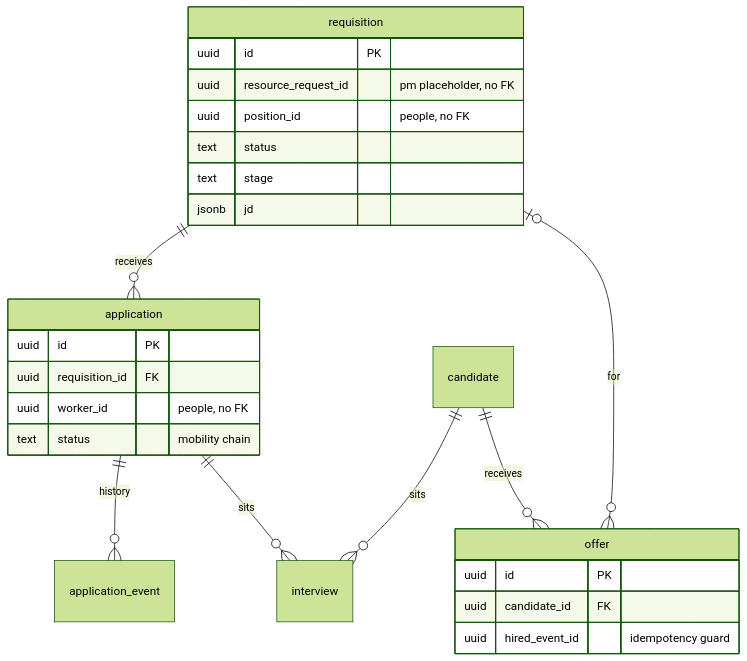
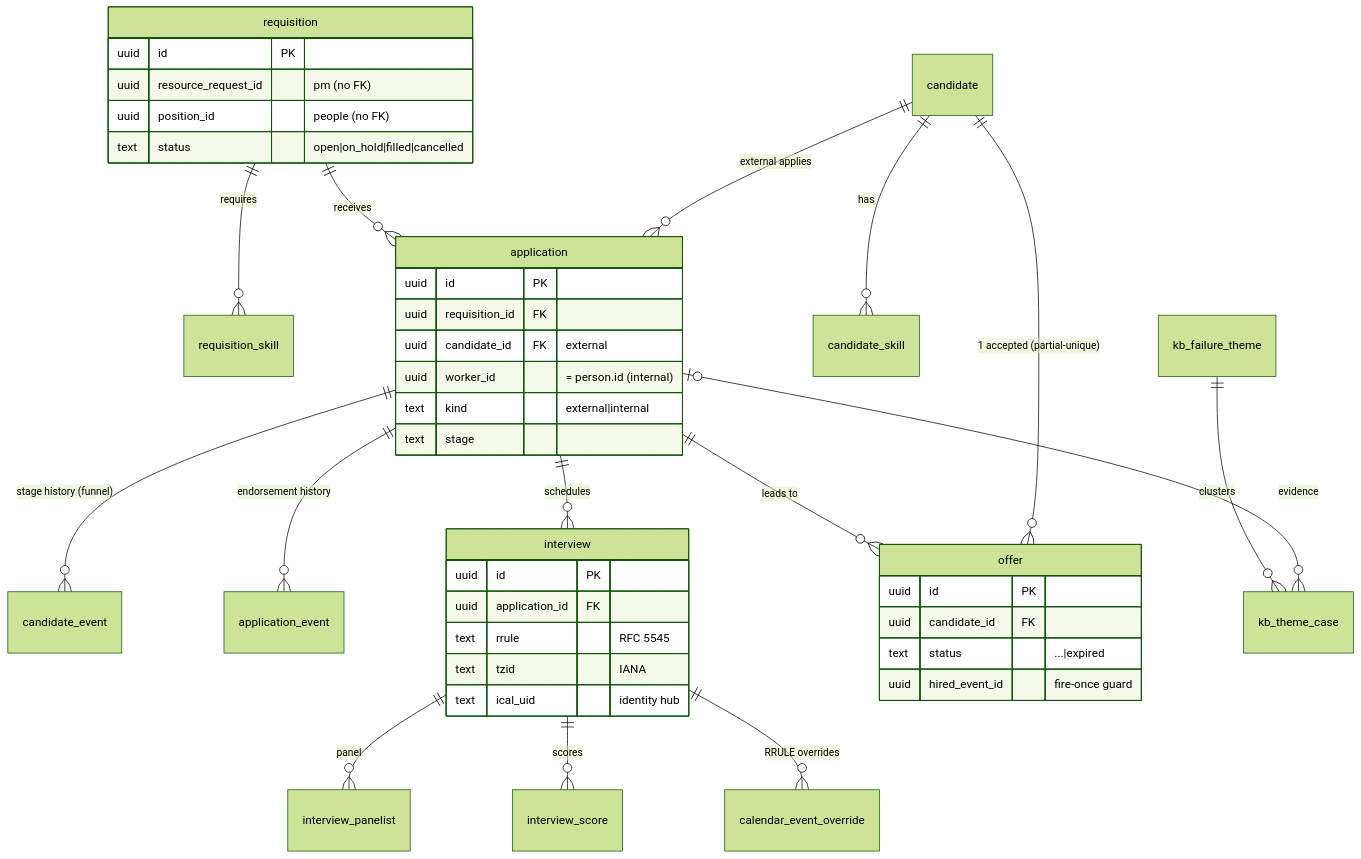
Before and after one commit to Seta-International/agent-platform: the second of 5 diagrams in docs/spike/db-design.md, drawn with Mermaid (forest theme). The commit also changed other lines of this file, not shown here.

First line of the commit message:
docs(spike): update db-design to v3 + refresh mermaid ER diagrams

````diff
--- a/docs/spike/db-design.md
+++ b/docs/spike/db-design.md
@@ -321,28 +346,44 @@
 ```mermaid
 erDiagram
+  requisition ||--o{ requisition_skill : requires
   requisition ||--o{ application : receives
-  application ||--o{ application_event : history
-  candidate ||--o{ interview : sits
-  application ||--o{ interview : sits
-  candidate ||--o{ offer : receives
-  requisition |o--o{ offer : for
+  candidate ||--o{ application : "external applies"
+  candidate ||--o{ candidate_skill : has
+  application ||--o{ candidate_event : "stage history (funnel)"
+  application ||--o{ application_event : "endorsement history"
+  application ||--o{ interview : schedules
+  interview ||--o{ interview_panelist : panel
+  interview ||--o{ interview_score : scores
+  interview ||--o{ calendar_event_override : "RRULE overrides"
+  application ||--o{ offer : "leads to"
+  candidate ||--o{ offer : "1 accepted (partial-unique)"
+  kb_failure_theme ||--o{ kb_theme_case : clusters
+  application |o--o{ kb_theme_case : evidence
   requisition {
     uuid id PK
-    uuid resource_request_id "pm placeholder, no FK"
-    uuid position_id "people, no FK"
-    text status
-    text stage
-    jsonb jd
+    uuid resource_request_id "pm (no FK)"
+    uuid position_id "people (no FK)"
+    text status "open|on_hold|filled|cancelled"
   }
   application {
     uuid id PK
     uuid requisition_id FK
-    uuid worker_id "people, no FK"
-    text status "mobility chain"
+    uuid candidate_id FK "external"
+    uuid worker_id "= person.id (internal)"
+    text kind "external|internal"
+    text stage
+  }
+  interview {
+    uuid id PK
+    uuid application_id FK
+    text rrule "RFC 5545"
+    text tzid "IANA"
+    text ical_uid "identity hub"
   }
   offer {
     uuid id PK
     uuid candidate_id FK
-    uuid hired_event_id "idempotency guard"
+    text status "...|expired"
+    uuid hired_event_id "fire-once guard"
   }
 ```
````
